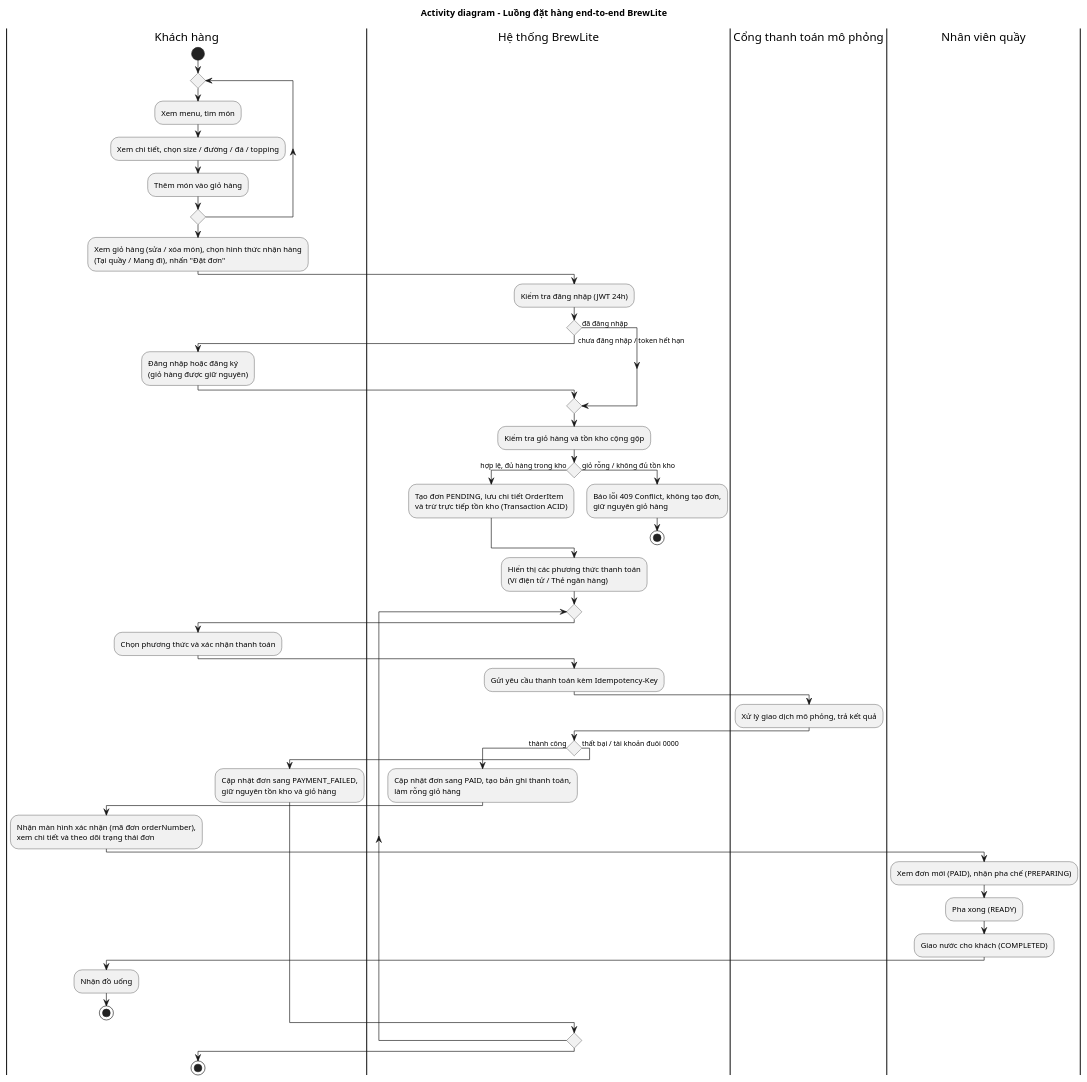
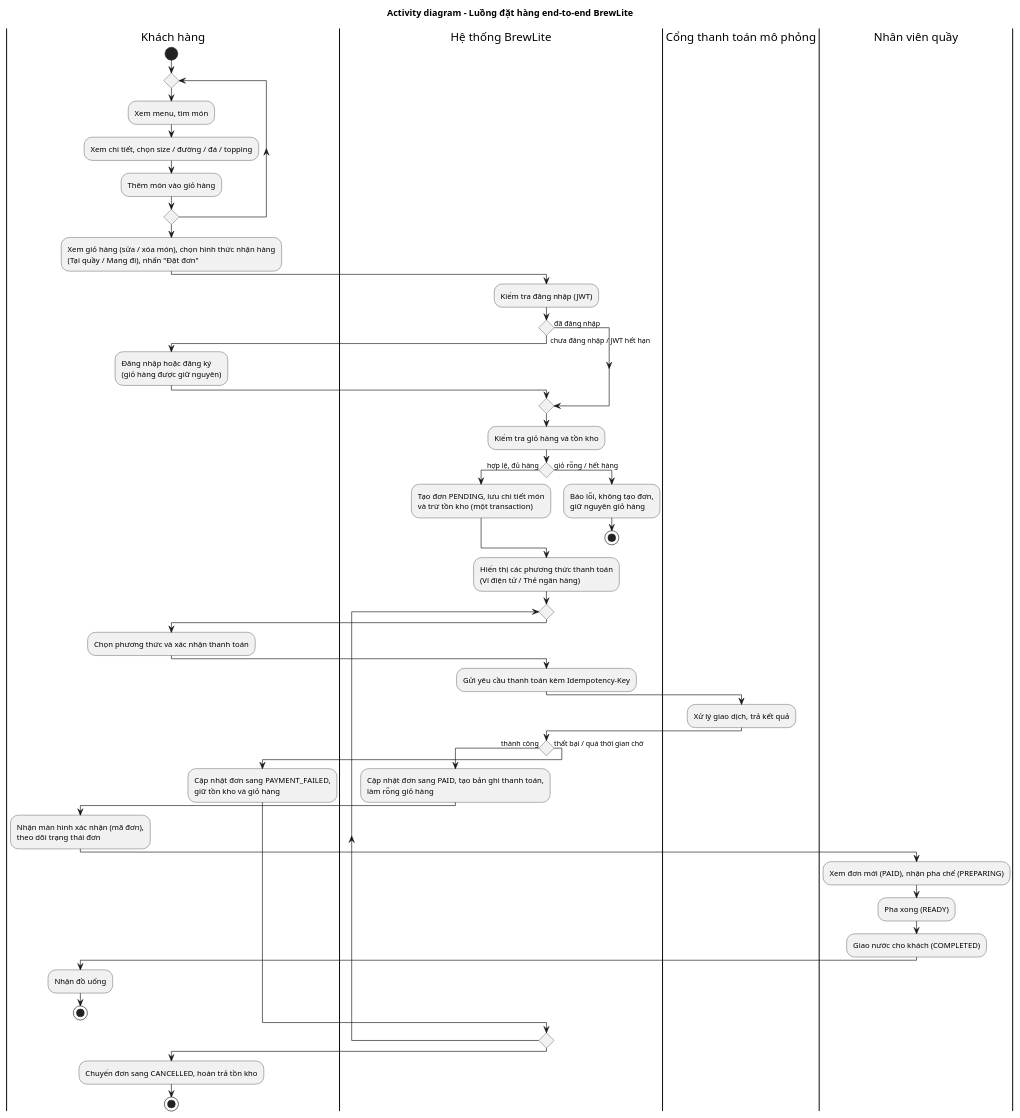
One commit to Thori2724/BrewLite-CNPM-nh-m-12 changed the diagram in docs/diagrams/activity-diagram.puml. Above: the diagram before and after it, drawn with PlantUML. The commit also changed 6 other files, not shown here.

Commit message:
docs(diagrams): khoi phuc file puml goc va luu song song puml moi de so sanh

```diff
--- a/docs/diagrams/activity-diagram.puml
+++ b/docs/diagrams/activity-diagram.puml
@@ -1,59 +1,59 @@
 @startuml
 title Activity diagram - Luồng đặt hàng end-to-end BrewLite
 skinparam shadowing false
 skinparam conditionStyle diamond
 
 |Khách hàng|
 start
 repeat
   :Xem menu, tìm món;
   :Xem chi tiết, chọn size / đường / đá / topping;
   :Thêm món vào giỏ hàng;
 repeat while () is (thêm món khác) not (xong)
 :Xem giỏ hàng (sửa / xóa món), chọn hình thức nhận hàng\n(Tại quầy / Mang đi), nhấn "Đặt đơn";
 
 |Hệ thống BrewLite|
-:Kiểm tra đăng nhập (JWT 24h);
-if () then (chưa đăng nhập / token hết hạn)
+:Kiểm tra đăng nhập (JWT);
+if () then (chưa đăng nhập / JWT hết hạn)
   |Khách hàng|
   :Đăng nhập hoặc đăng ký\n(giỏ hàng được giữ nguyên);
   |Hệ thống BrewLite|
 else (đã đăng nhập)
 endif
 
-:Kiểm tra giỏ hàng và tồn kho cộng gộp;
-if () then (hợp lệ, đủ hàng trong kho)
-  :Tạo đơn PENDING, lưu chi tiết OrderItem\nvà trừ trực tiếp tồn kho (Transaction ACID);
-else (giỏ rỗng / không đủ tồn kho)
-  :Báo lỗi 409 Conflict, không tạo đơn,\ngiữ nguyên giỏ hàng;
+:Kiểm tra giỏ hàng và tồn kho;
+if () then (hợp lệ, đủ hàng)
+  :Tạo đơn PENDING, lưu chi tiết món\nvà trừ tồn kho (một transaction);
+else (giỏ rỗng / hết hàng)
+  :Báo lỗi, không tạo đơn,\ngiữ nguyên giỏ hàng;
   stop
 endif
 
 :Hiển thị các phương thức thanh toán\n(Ví điện tử / Thẻ ngân hàng);
 
 repeat
   |Khách hàng|
   :Chọn phương thức và xác nhận thanh toán;
   |Hệ thống BrewLite|
   :Gửi yêu cầu thanh toán kèm Idempotency-Key;
   |Cổng thanh toán mô phỏng|
-  :Xử lý giao dịch mô phỏng, trả kết quả;
+  :Xử lý giao dịch, trả kết quả;
   |Hệ thống BrewLite|
   if () then (thành công)
     :Cập nhật đơn sang PAID, tạo bản ghi thanh toán,\nlàm rỗng giỏ hàng;
     |Khách hàng|
-    :Nhận màn hình xác nhận (mã đơn orderNumber),\nxem chi tiết và theo dõi trạng thái đơn;
+    :Nhận màn hình xác nhận (mã đơn),\ntheo dõi trạng thái đơn;
     |Nhân viên quầy|
     :Xem đơn mới (PAID), nhận pha chế (PREPARING);
     :Pha xong (READY);
     :Giao nước cho khách (COMPLETED);
     |Khách hàng|
     :Nhận đồ uống;
     stop
-  else (thất bại / tài khoản đuôi 0000)
-    :Cập nhật đơn sang PAYMENT_FAILED,\ngiữ nguyên tồn kho và giỏ hàng;
-    |Khách hàng|
+  else (thất bại / quá thời gian chờ)
+    :Cập nhật đơn sang PAYMENT_FAILED,\ngiữ tồn kho và giỏ hàng;
   endif
-repeat while () is (khách bấm "Thử lại thanh toán"\nvới Idempotency-Key mới) not (rời đi / đóng trình duyệt)
+repeat while () is (khách thử lại trong 15 phút) not (quá 15 phút / bỏ đi)
+:Chuyển đơn sang CANCELLED, hoàn trả tồn kho;
 stop
 @enduml
```
